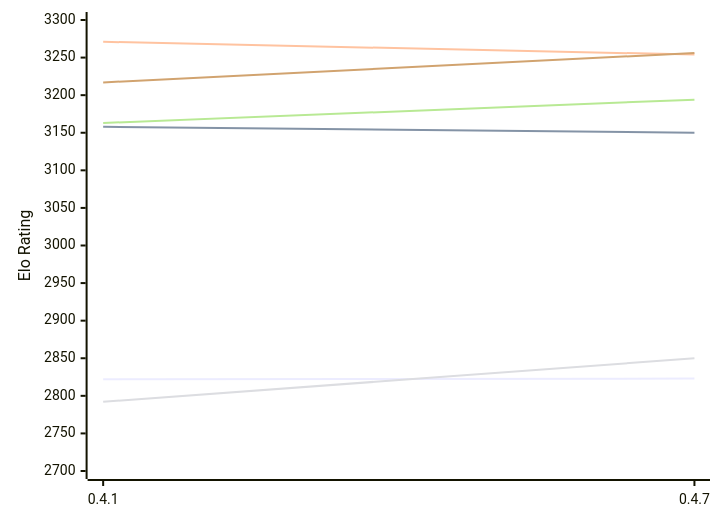
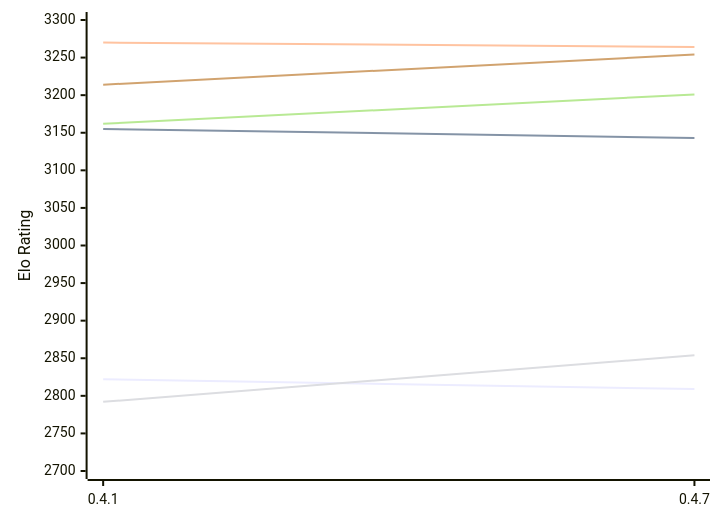
Before and after one commit to computer-chess-index/cci: the diagram in engines/Arabica.md, drawn with Mermaid. The commit also changed other lines of this file, not shown here.

Commit message:
Update CCI Ratings (ELO VLTC) - 2026-11-19

````diff
--- a/engines/Arabica.md
+++ b/engines/Arabica.md
@@ -49,12 +49,12 @@
 ```mermaid
 %%{init: {"theme":"base","themeVariables":{"seriesColors:['#a3a3a3','#222221','#faa371']}}}%%
 xychart-beta
   x-axis ["0.4.1", "0.4.7"]
   y-axis "Elo Rating" 2700 --> 3300
-  line "E1: STC (8.0+0.08s)" [2822, 2823]
-  line "E1: LTC (60.0+0.60s)" [3158, 3150]
-  line "E1: VLTC (2m24s+1.12s)" [3271, 3254]
-  line "P1: STC (8.0+0.08s)" [2792, 2850]
-  line "P1: LTC (60.0+0.60s)" [3163, 3194]
-  line "P1: VLTC (2m24s+1.12s)" [3217, 3256]
+  line "E1: STC (8.0+0.08s)" [2822, 2809]
+  line "E1: LTC (60.0+0.60s)" [3155, 3143]
+  line "E1: VLTC (2m24s+1.12s)" [3270, 3264]
+  line "P1: STC (8.0+0.08s)" [2792, 2854]
+  line "P1: LTC (60.0+0.60s)" [3162, 3201]
+  line "P1: VLTC (2m24s+1.12s)" [3214, 3254]
 ```
````
